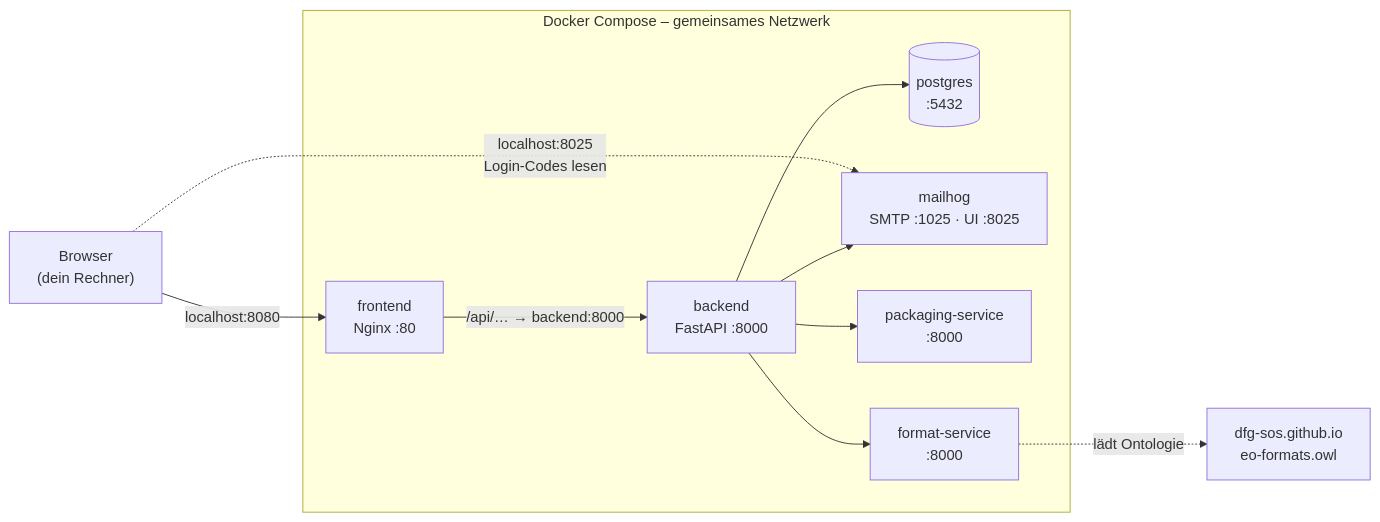
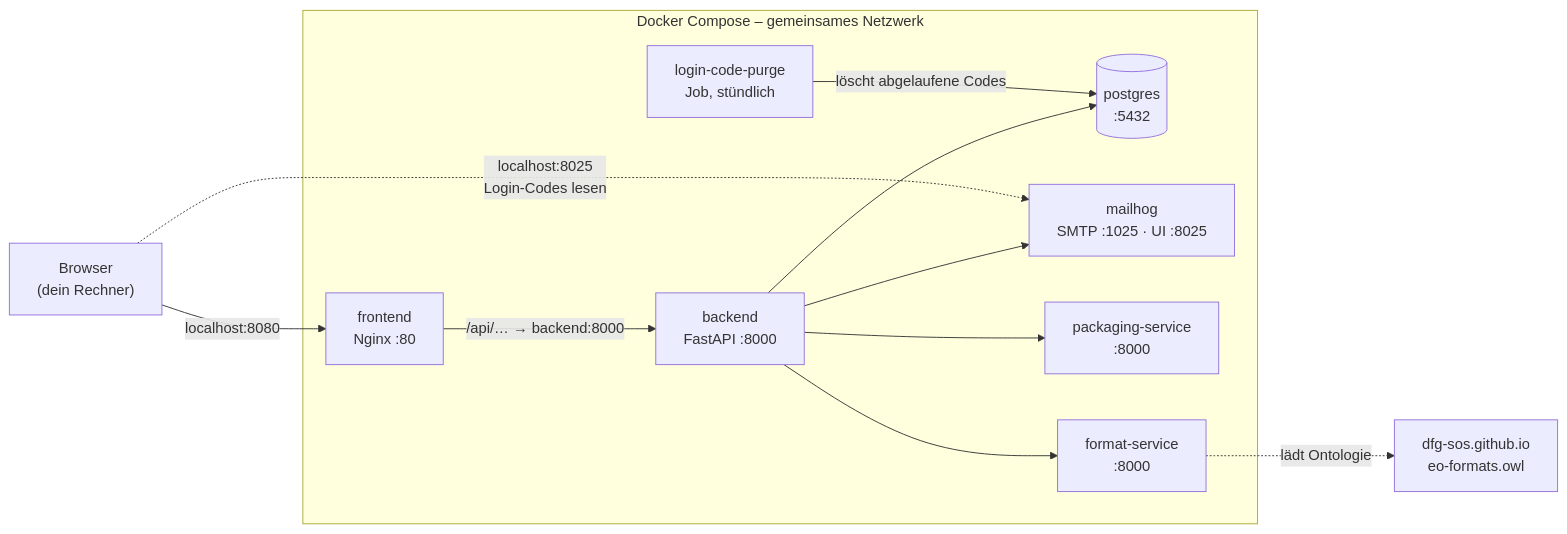
The first of 2 diagrams in docs/deployment.md (Distr0hopper/masterthesis), drawn with Mermaid before and after one commit. The commit also changed other lines of this file and 8 other files, not shown here.

First line of the commit message:
feat: Add scheduled job for expired login code cleanup

````diff
--- a/docs/deployment.md
+++ b/docs/deployment.md
@@ -58,24 +58,26 @@
 ```mermaid
 flowchart LR
     browser["Browser<br/>(dein Rechner)"]
 
     subgraph docker["Docker Compose – gemeinsames Netzwerk"]
         frontend["frontend<br/>Nginx :80"]
         backend["backend<br/>FastAPI :8000"]
         postgres[("postgres<br/>:5432")]
         mailhog["mailhog<br/>SMTP :1025 · UI :8025"]
         packaging["packaging-service<br/>:8000"]
         format["format-service<br/>:8000"]
+        purge["login-code-purge<br/>Job, stündlich"]
     end
 
     ontology["dfg-sos.github.io<br/>eo-formats.owl"]
 
     browser -- "localhost:8080" --> frontend
     frontend -- "/api/… → backend:8000" --> backend
     backend --> postgres
     backend --> mailhog
     backend --> packaging
     backend --> format
+    purge -- "löscht abgelaufene Codes" --> postgres
     format -. "lädt Ontologie" .-> ontology
     browser -. "localhost:8025<br/>Login-Codes lesen" .-> mailhog
 ```
````
